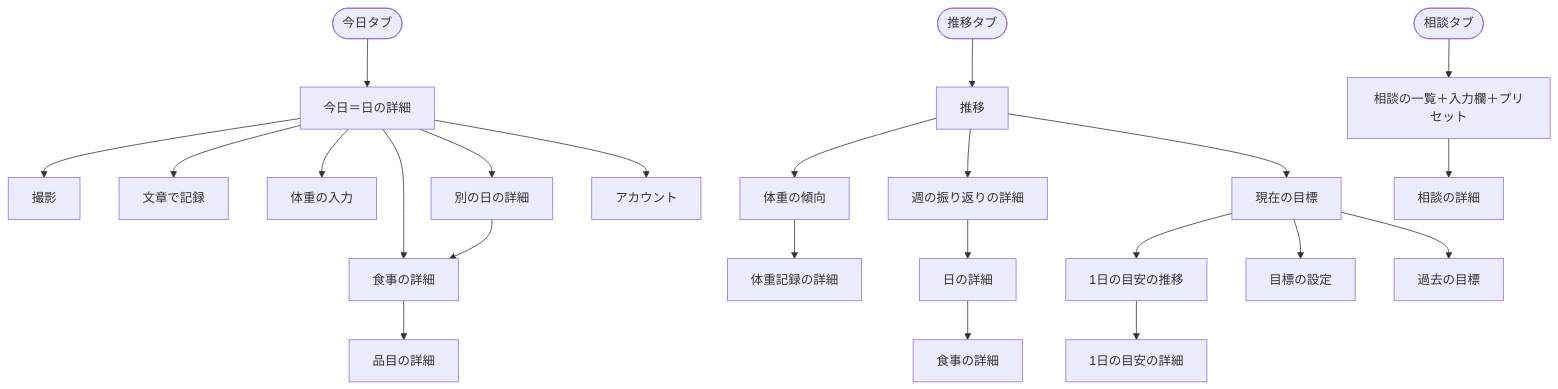
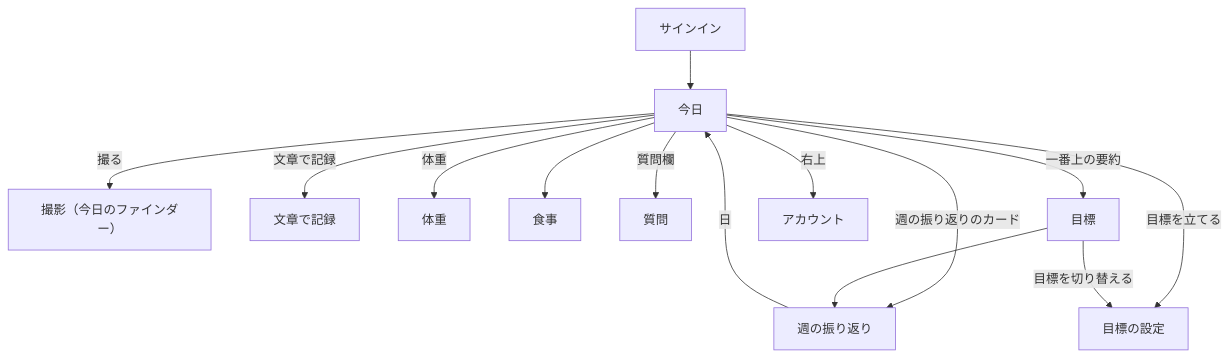
Before and after one commit to gn-t-k/nu-tori: the first of 2 diagrams in docs/ui-design/0001-first-release/05-navigation.md, drawn with Mermaid. The commit also changed other lines of this file and 20 other files, not shown here.

````diff
--- a/docs/ui-design/0001-first-release/05-navigation.md
+++ b/docs/ui-design/0001-first-release/05-navigation.md
@@ -15,27 +22,16 @@
 ```mermaid
 flowchart TD
-  Tab1([今日タブ]) --> Today[今日＝日の詳細]
-  Today --> Camera[撮影]
-  Today --> TextMeal[文章で記録]
-  Today --> WeightIn[体重の入力]
-  Today --> Meal[食事の詳細]
-  Meal --> Item[品目の詳細]
-  Today --> OtherDay[別の日の詳細]
-  OtherDay --> Meal
-  Today --> Account[アカウント]
-
-  Tab2([推移タブ]) --> Trend[推移]
-  Trend --> WeightTrend[体重の傾向]
-  WeightTrend --> WeightRec[体重記録の詳細]
-  Trend --> Weekly[週の振り返りの詳細]
-  Weekly --> OtherDay2[日の詳細]
-  OtherDay2 --> Meal2[食事の詳細]
-  Trend --> Goal[現在の目標]
-  Goal --> TargetList[1日の目安の推移]
-  TargetList --> Target[1日の目安の詳細]
-  Goal --> GoalEdit[目標の設定]
-  Goal --> PastGoals[過去の目標]
-
-  Tab3([相談タブ]) --> Consults[相談の一覧＋入力欄＋プリセット]
-  Consults --> Consult[相談の詳細]
+  Signin[サインイン] --> Today[今日]
+  Today -->|撮る| Shot[撮影（今日のファインダー）]
+  Today -->|文章で記録| TextMeal[文章で記録]
+  Today -->|体重| Weight[体重]
+  Today --> Meal[食事]
+  Today -->|質問欄| Question[質問]
+  Today -->|週の振り返りのカード| Weekly[週の振り返り]
+  Today -->|一番上の要約| Goal[目標]
+  Today -->|目標を立てる| GoalSetup[目標の設定]
+  Today -->|右上| Account[アカウント]
+  Goal --> Weekly
+  Goal -->|目標を切り替える| GoalSetup
+  Weekly -->|日| Today
 ```
````
